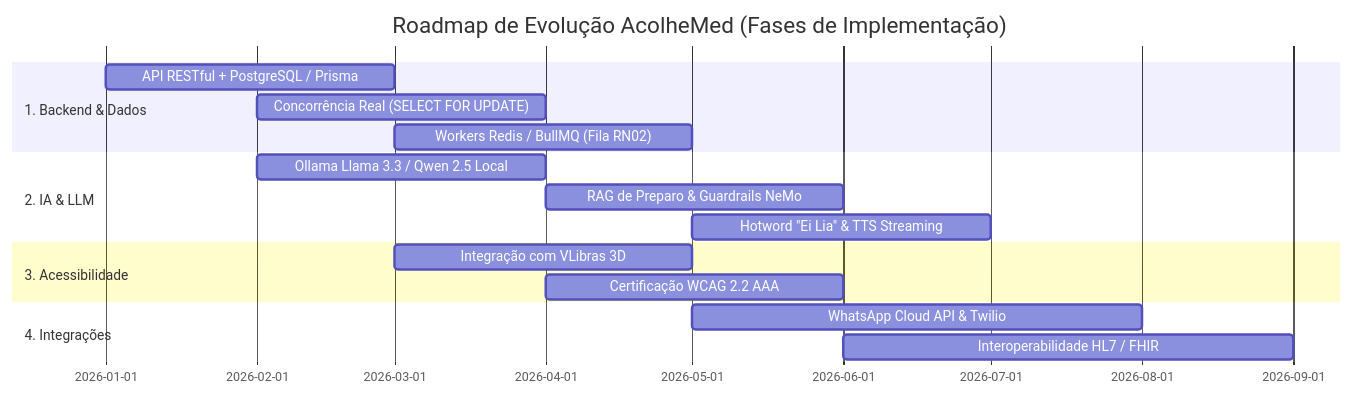
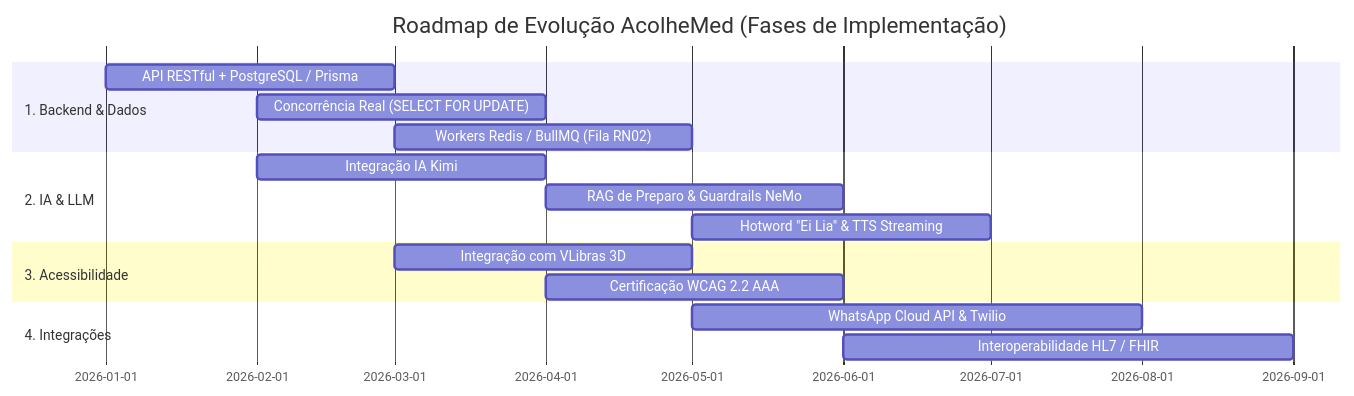
One commit to GuiBazon/MedIA changed the diagram in suggest.md. Above: the diagram before and after it, drawn with Mermaid. The commit also changed other lines of this file and 8 other files, not shown here.

Commit message:
refactor: migrar mencoes de IA de Ollama para Kimi

````diff
--- a/suggest.md
+++ b/suggest.md
@@ -9,19 +9,19 @@
 ```mermaid
 gantt
     title Roadmap de Evolução AcolheMed (Fases de Implementação)
     dateFormat  YYYY-MM
     section 1. Backend & Dados
     API RESTful + PostgreSQL / Prisma :2026-01, 2026-03
     Concorrência Real (SELECT FOR UPDATE) :2026-02, 2026-04
     Workers Redis / BullMQ (Fila RN02) :2026-03, 2026-05
     section 2. IA & LLM
-    Ollama Llama 3.3 / Qwen 2.5 Local :2026-02, 2026-04
+    Integração IA Kimi :2026-02, 2026-04
     RAG de Preparo & Guardrails NeMo :2026-04, 2026-06
     Hotword "Ei Lia" & TTS Streaming :2026-05, 2026-07
     section 3. Acessibilidade
     Integração com VLibras 3D :2026-03, 2026-05
     Certificação WCAG 2.2 AAA :2026-04, 2026-06
     section 4. Integrações
     WhatsApp Cloud API & Twilio :2026-05, 2026-08
     Interoperabilidade HL7 / FHIR :2026-06, 2026-09
 ```
````
